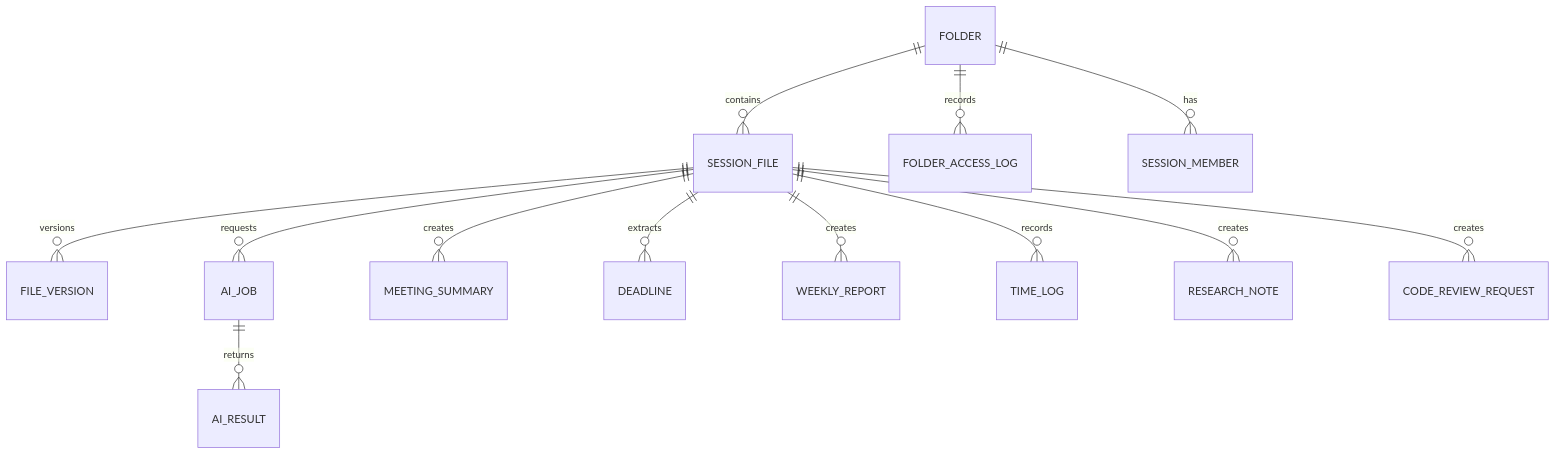
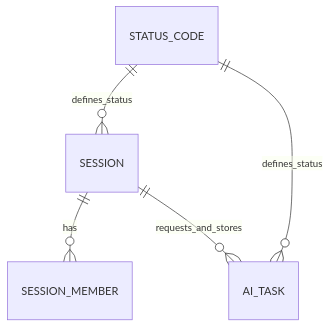
One commit to heejae101/WorkSync changed the diagram in docs/02_design/01_data_design/01_ERD.md. Above: the diagram before and after it, drawn with Mermaid. The commit also changed other lines of this file and 4 other files, not shown here.

````diff
--- a/docs/02_design/01_data_design/01_ERD.md
+++ b/docs/02_design/01_data_design/01_ERD.md
@@ -8,15 +8,7 @@
 ```mermaid
 erDiagram
-    FOLDER ||--o{ SESSION_FILE : contains
-    FOLDER ||--o{ FOLDER_ACCESS_LOG : records
-    FOLDER ||--o{ SESSION_MEMBER : has
-    SESSION_FILE ||--o{ FILE_VERSION : versions
-    SESSION_FILE ||--o{ AI_JOB : requests
-    AI_JOB ||--o{ AI_RESULT : returns
-    SESSION_FILE ||--o{ MEETING_SUMMARY : creates
-    SESSION_FILE ||--o{ DEADLINE : extracts
-    SESSION_FILE ||--o{ WEEKLY_REPORT : creates
-    SESSION_FILE ||--o{ TIME_LOG : records
-    SESSION_FILE ||--o{ RESEARCH_NOTE : creates
-    SESSION_FILE ||--o{ CODE_REVIEW_REQUEST : creates
+    SESSION ||--o{ SESSION_MEMBER : has
+    SESSION ||--o{ AI_TASK : requests_and_stores
+    STATUS_CODE ||--o{ SESSION : defines_status
+    STATUS_CODE ||--o{ AI_TASK : defines_status
 ```
````
